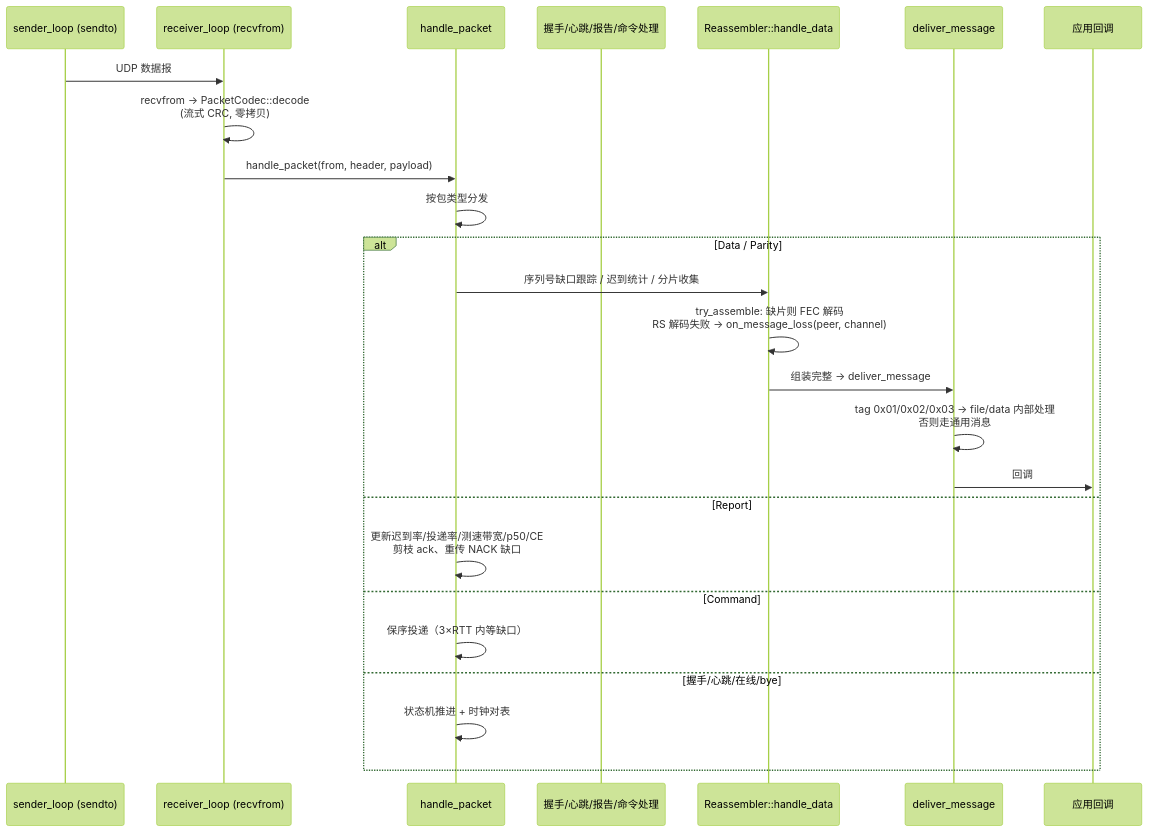
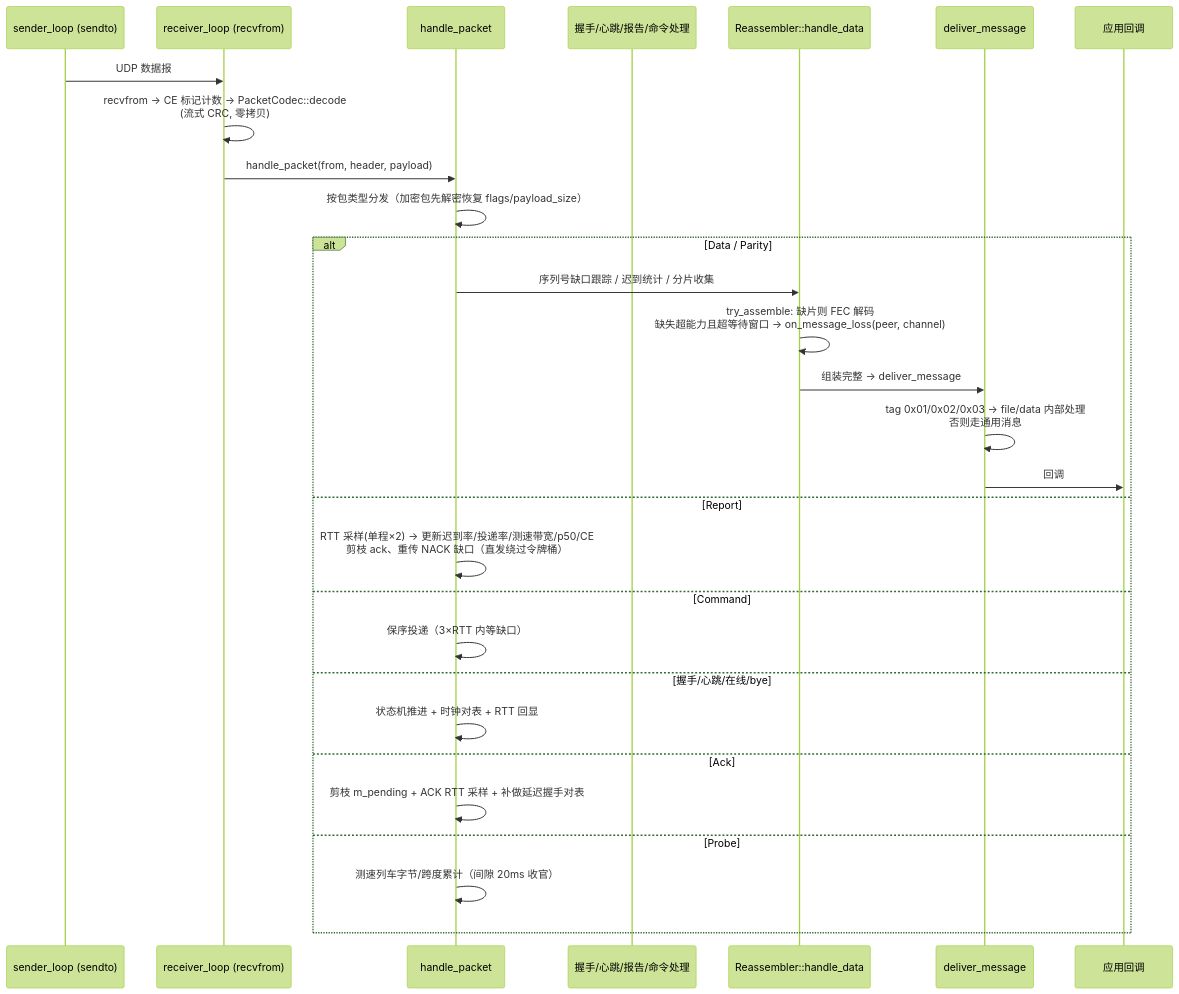
Before and after one commit to arrayforward/tight: the fourth of 10 diagrams in docs/tight_architecture.md, drawn with Mermaid (forest theme). The commit also changed other lines of this file and 5 other files, not shown here.

First line of the commit message:
docs: add design & API reference docs, refresh architecture/usage with mermaid

````diff
--- a/docs/tight_architecture.md
+++ b/docs/tight_architecture.md
@@ -145,28 +194,32 @@
 ```mermaid
 sequenceDiagram
     participant SD as sender_loop (sendto)
     participant RC as receiver_loop (recvfrom)
     participant HP as handle_packet
     participant HS as 握手/心跳/报告/命令处理
     participant RS as Reassembler::handle_data
     participant DV as deliver_message
     participant CB as 应用回调
 
     SD->>RC: UDP 数据报
-    RC->>RC: recvfrom → PacketCodec::decode<br/>(流式 CRC, 零拷贝)
+    RC->>RC: recvfrom → CE 标记计数 → PacketCodec::decode<br/>(流式 CRC, 零拷贝)
     RC->>HP: handle_packet(from, header, payload)
-    HP->>HP: 按包类型分发
+    HP->>HP: 按包类型分发（加密包先解密恢复 flags/payload_size）
     alt Data / Parity
         HP->>RS: 序列号缺口跟踪 / 迟到统计 / 分片收集
-        RS->>RS: try_assemble: 缺片则 FEC 解码<br/>RS 解码失败 → on_message_loss(peer, channel)
+        RS->>RS: try_assemble: 缺片则 FEC 解码<br/>缺失超能力且超等待窗口 → on_message_loss(peer, channel)
         RS->>DV: 组装完整 → deliver_message
         DV->>DV: tag 0x01/0x02/0x03 → file/data 内部处理<br/>否则走通用消息
         DV->>CB: 回调
     else Report
-        HP->>HP: 更新迟到率/投递率/测速带宽/p50/CE<br/>剪枝 ack、重传 NACK 缺口
+        HP->>HP: RTT 采样(单程×2) → 更新迟到率/投递率/测速带宽/p50/CE<br/>剪枝 ack、重传 NACK 缺口（直发绕过令牌桶）
     else Command
         HP->>HP: 保序投递（3×RTT 内等缺口）
     else 握手/心跳/在线/bye
-        HP->>HP: 状态机推进 + 时钟对表
+        HP->>HP: 状态机推进 + 时钟对表 + RTT 回显
+    else Ack
+        HP->>HP: 剪枝 m_pending + ACK RTT 采样 + 补做延迟握手对表
+    else Probe
+        HP->>HP: 测速列车字节/跨度累计（间隙 20ms 收官）
     end
 ```
````
